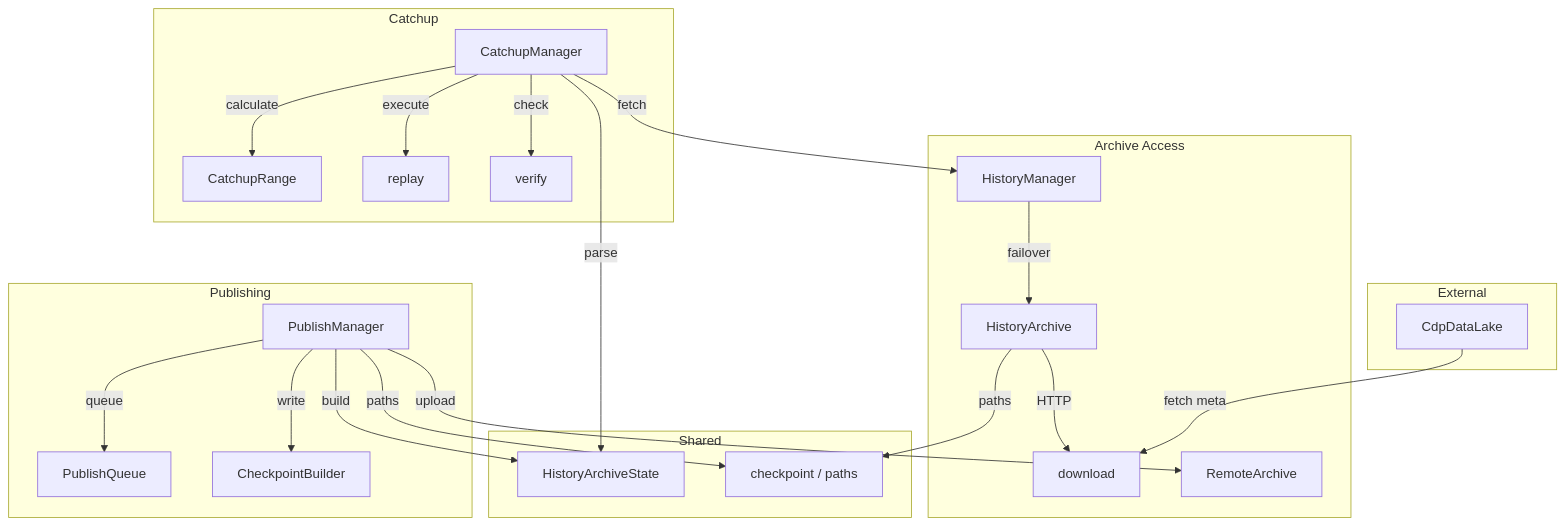
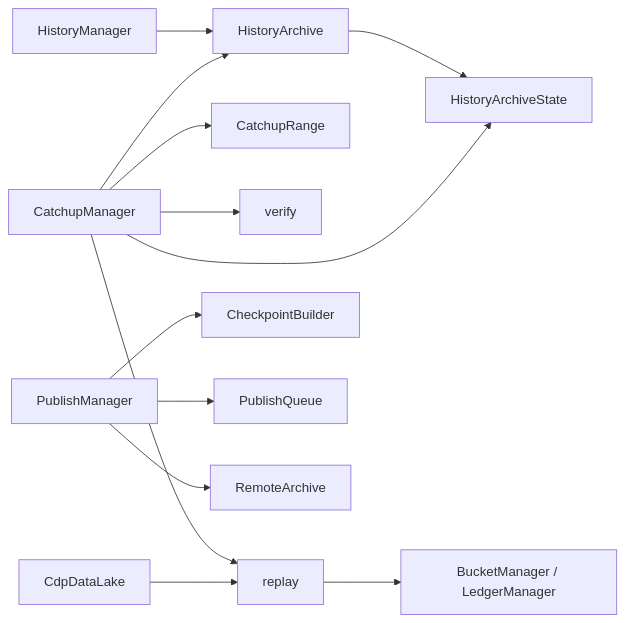
One commit to stellar-experimental/henyey changed the diagram in crates/history/README.md. Above: the diagram before and after it, drawn with Mermaid. The commit also changed other lines of this file and 89 other files, not shown here.

````diff
--- a/crates/history/README.md
+++ b/crates/history/README.md
@@ -16,46 +11,29 @@
 ```mermaid
-flowchart TD
-    subgraph "Archive Access"
-        HA[HistoryArchive]
-        HM[HistoryManager]
-        DL[download]
-        RA[RemoteArchive]
-    end
+flowchart LR
+    A[HistoryArchive]
+    B[HistoryManager]
+    C[HistoryArchiveState]
+    D[CatchupRange]
+    E[CatchupManager]
+    F[verify]
+    G[replay]
+    H[BucketManager / LedgerManager]
+    I[CheckpointBuilder]
+    J[PublishManager]
+    K[PublishQueue]
+    L[RemoteArchive]
+    M[CdpDataLake]
 
-    subgraph "Catchup"
-        CM[CatchupManager]
-        CR[CatchupRange]
-        RP[replay]
-        VR[verify]
-    end
-
-    subgraph "Publishing"
-        PM[PublishManager]
-        PQ[PublishQueue]
-        CB[CheckpointBuilder]
-    end
-
-    subgraph "External"
-        CDP[CdpDataLake]
-    end
-
-    subgraph "Shared"
-        HAS[HistoryArchiveState]
-        CP[checkpoint / paths]
-    end
-
-    HM -->|failover| HA
-    HA -->|HTTP| DL
-    CM -->|fetch| HM
-    CM -->|calculate| CR
-    CM -->|execute| RP
-    CM -->|check| VR
-    CM -->|parse| HAS
-    PM -->|write| CB
-    PM -->|queue| PQ
-    PM -->|upload| RA
-    PM -->|build| HAS
-    CDP -->|fetch meta| DL
-    HA -->|paths| CP
-    PM -->|paths| CP
+    B --> A
+    A --> C
+    E --> D
+    E --> A
+    E --> C
+    E --> F
+    E --> G
+    G --> H
+    J --> I
+    J --> K
+    J --> L
+    M --> G
 ```
````
